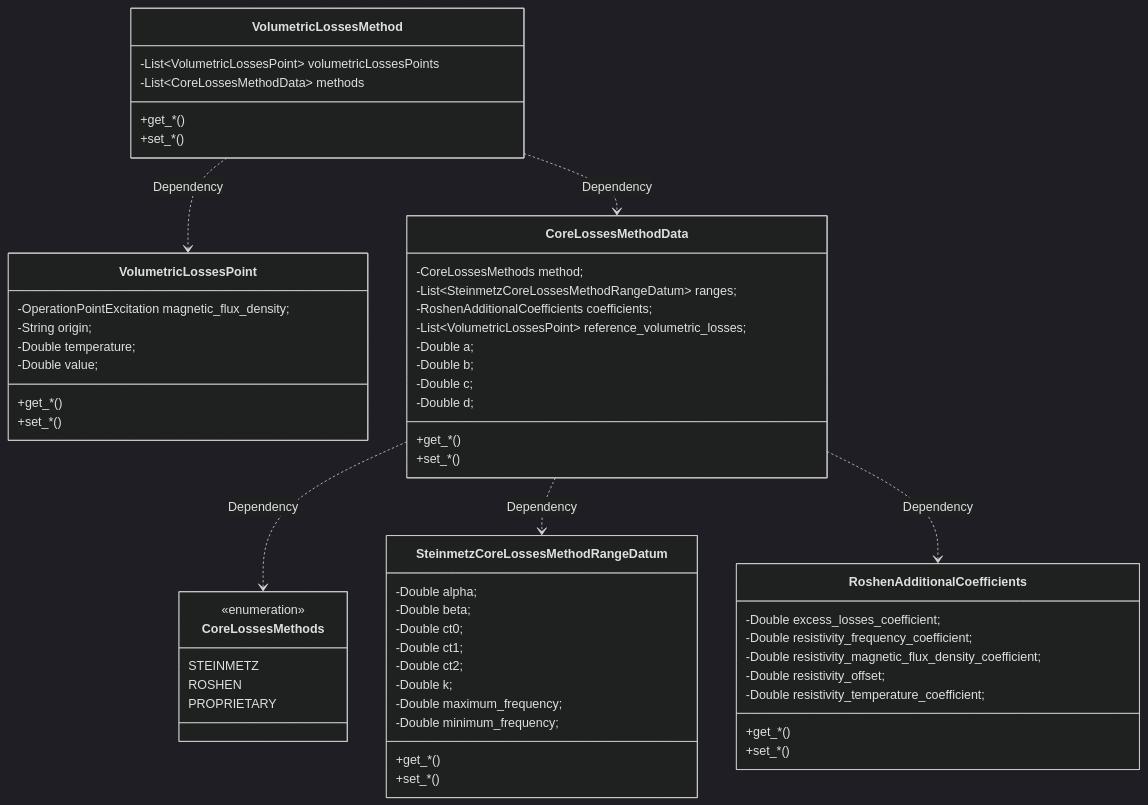
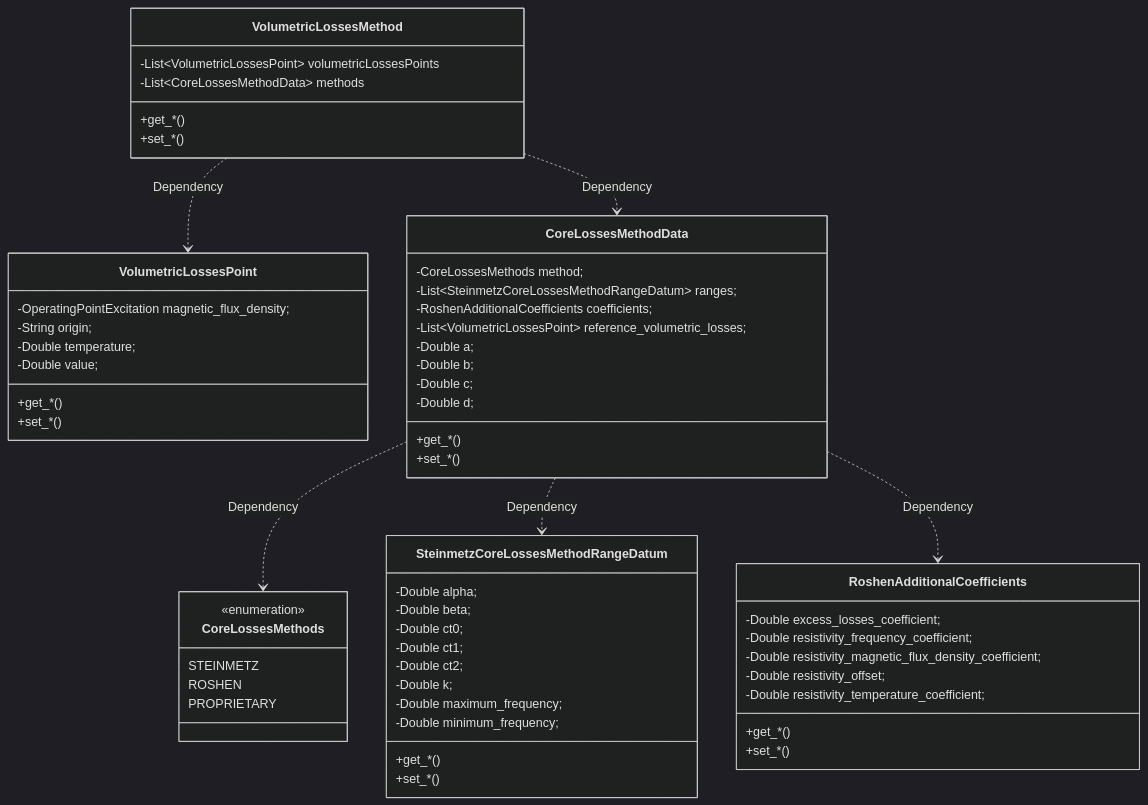
The fifth of 8 diagrams in docs/magnetic/core.md (OpenMagnetics/MAS), drawn with Mermaid (dark theme) before and after one commit. The commit also changed 12 other files, not shown here.

Commit message:
Renamed Operation to Operating, and EletromagneticParameter to SignalDescriptor

````diff
--- a/docs/magnetic/core.md
+++ b/docs/magnetic/core.md
@@ -421,76 +421,76 @@
 ```mermaid
 classDiagram
 
 class VolumetricLossesMethod {
     -List~VolumetricLossesPoint~ volumetricLossesPoints
     -List~CoreLossesMethodData~ methods
 
     +get_*()
     +set_*()
 }
 VolumetricLossesMethod ..> VolumetricLossesPoint : Dependency
 VolumetricLossesMethod ..> CoreLossesMethodData : Dependency
 
 class VolumetricLossesPoint {
-    -OperationPointExcitation magnetic_flux_density;
+    -OperatingPointExcitation magnetic_flux_density;
     -String origin;
     -Double temperature;
     -Double value;
 
     +get_*()
     +set_*()
 }
 
 class CoreLossesMethodData {
     -CoreLossesMethods method;
     -List~SteinmetzCoreLossesMethodRangeDatum~ ranges;
     -RoshenAdditionalCoefficients coefficients;
     -List~VolumetricLossesPoint~ reference_volumetric_losses;
     -Double a;
     -Double b;
     -Double c;
     -Double d;
 
     +get_*()
     +set_*()
 }
 
 CoreLossesMethodData ..> CoreLossesMethods : Dependency
 CoreLossesMethodData ..> SteinmetzCoreLossesMethodRangeDatum : Dependency
 CoreLossesMethodData ..> RoshenAdditionalCoefficients : Dependency
 
 class CoreLossesMethods {
     <<enumeration>>
     STEINMETZ
     ROSHEN
     PROPRIETARY
 }
 
 class SteinmetzCoreLossesMethodRangeDatum {
     -Double alpha;
     -Double beta;
     -Double ct0;
     -Double ct1;
     -Double ct2;
     -Double k;
     -Double maximum_frequency;
     -Double minimum_frequency;
 
     +get_*()
     +set_*()
 }
 
 class RoshenAdditionalCoefficients {
     -Double excess_losses_coefficient;
     -Double resistivity_frequency_coefficient;
     -Double resistivity_magnetic_flux_density_coefficient;
     -Double resistivity_offset;
     -Double resistivity_temperature_coefficient;
 
     +get_*()
     +set_*()
 }
 
 
 
 ```
````
